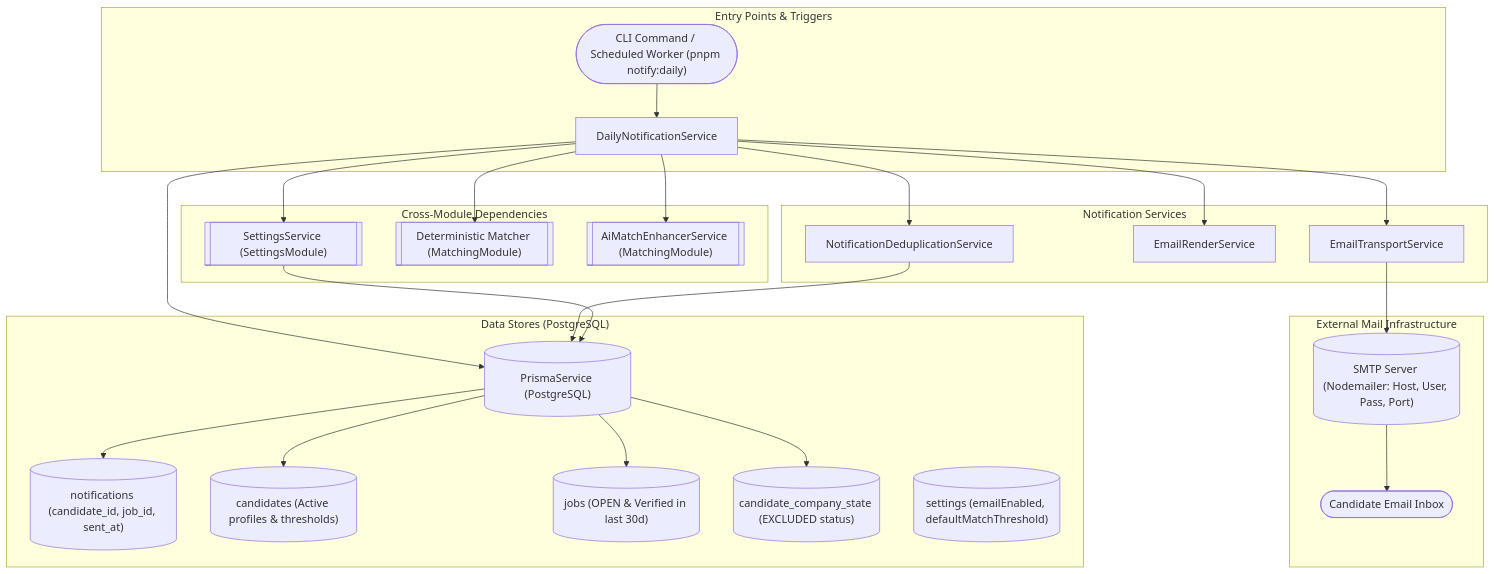
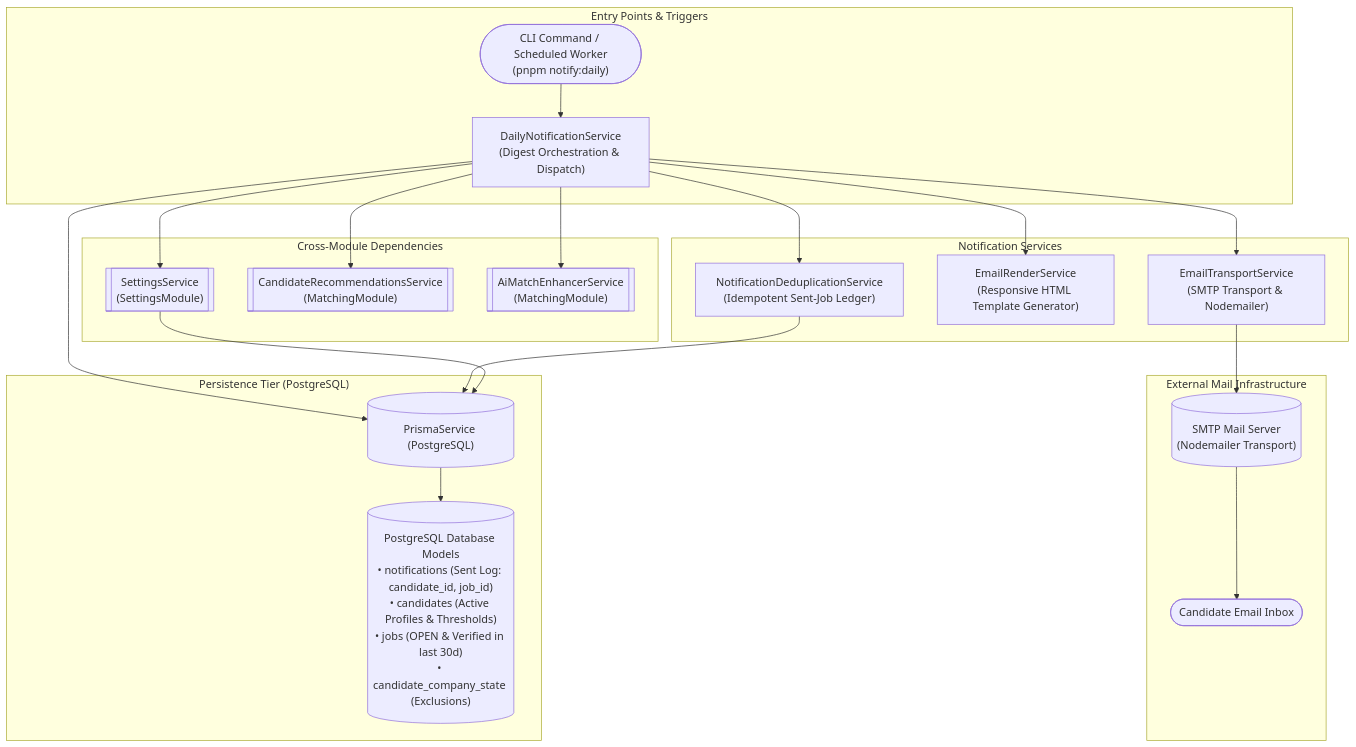
The first of 3 diagrams in backend/src/features/notifications/README.md (MohammadSheakh/job-intelligence), drawn with Mermaid before and after one commit. The commit also changed other lines of this file and 19 other files, not shown here.

First line of the commit message:
docs(architecture): add technical diagram specs and enhance feature READMEs

````diff
--- a/backend/src/features/notifications/README.md
+++ b/backend/src/features/notifications/README.md
@@ -10,40 +10,33 @@
 ```mermaid
 flowchart TD
     subgraph Triggers ["Entry Points & Triggers"]
-        CLI(["CLI Command / Scheduled Worker (pnpm notify:daily)"]) --> DailySvc["DailyNotificationService"]
+        CLI(["CLI Command / Scheduled Worker<br/>(pnpm notify:daily)"]) --> DailySvc["DailyNotificationService<br/>(Digest Orchestration & Dispatch)"]
     end
 
     subgraph CoreServices ["Notification Services"]
-        DailySvc --> DeduplicationSvc["NotificationDeduplicationService"]
-        DailySvc --> RenderSvc["EmailRenderService"]
-        DailySvc --> TransportSvc["EmailTransportService"]
+        DailySvc --> DeduplicationSvc["NotificationDeduplicationService<br/>(Idempotent Sent-Job Ledger)"]
+        DailySvc --> RenderSvc["EmailRenderService<br/>(Responsive HTML Template Generator)"]
+        DailySvc --> TransportSvc["EmailTransportService<br/>(SMTP Transport & Nodemailer)"]
     end
 
     subgraph ExternalModules ["Cross-Module Dependencies"]
-        DailySvc --> SettingsSvc[["SettingsService (SettingsModule)"]]
-        DailySvc --> MatcherFn[["Deterministic Matcher (MatchingModule)"]]
-        DailySvc --> AiEnhancer[["AiMatchEnhancerService (MatchingModule)"]]
+        DailySvc --> SettingsSvc[["SettingsService<br/>(SettingsModule)"]]
+        DailySvc --> MatcherFn[["CandidateRecommendationsService<br/>(MatchingModule)"]]
+        DailySvc --> AiEnhancer[["AiMatchEnhancerService<br/>(MatchingModule)"]]
     end
 
     subgraph ExternalSMTP ["External Mail Infrastructure"]
-        TransportSvc --> SmtpServer[("SMTP Server (Nodemailer: Host, User, Pass, Port)")]
+        TransportSvc --> SmtpServer[("SMTP Mail Server<br/>(Nodemailer Transport)")]
         SmtpServer --> CandidateInbox(["Candidate Email Inbox"])
     end
 
-    subgraph DataStorage ["Data Stores (PostgreSQL)"]
+    subgraph DataStorage ["Persistence Tier (PostgreSQL)"]
         Prisma[("PrismaService (PostgreSQL)")]
-        NotificationModel[("notifications (candidate_id, job_id, sent_at)")]
-        CandidateModel[("candidates (Active profiles & thresholds)")]
-        JobModel[("jobs (OPEN & Verified in last 30d)")]
-        BlacklistModel[("candidate_company_state (EXCLUDED status)")]
-        SettingsModel[("settings (emailEnabled, defaultMatchThreshold)")]
+        DBTables[("PostgreSQL Database Models<br/>• notifications (Sent Log: candidate_id, job_id)<br/>• candidates (Active Profiles & Thresholds)<br/>• jobs (OPEN & Verified in last 30d)<br/>• candidate_company_state (Exclusions)")]
     end
 
     DailySvc --> Prisma
     DeduplicationSvc --> Prisma
-    Prisma --> NotificationModel
-    Prisma --> CandidateModel
-    Prisma --> JobModel
-    Prisma --> BlacklistModel
     SettingsSvc --> Prisma
+    Prisma --> DBTables
 ```
````
